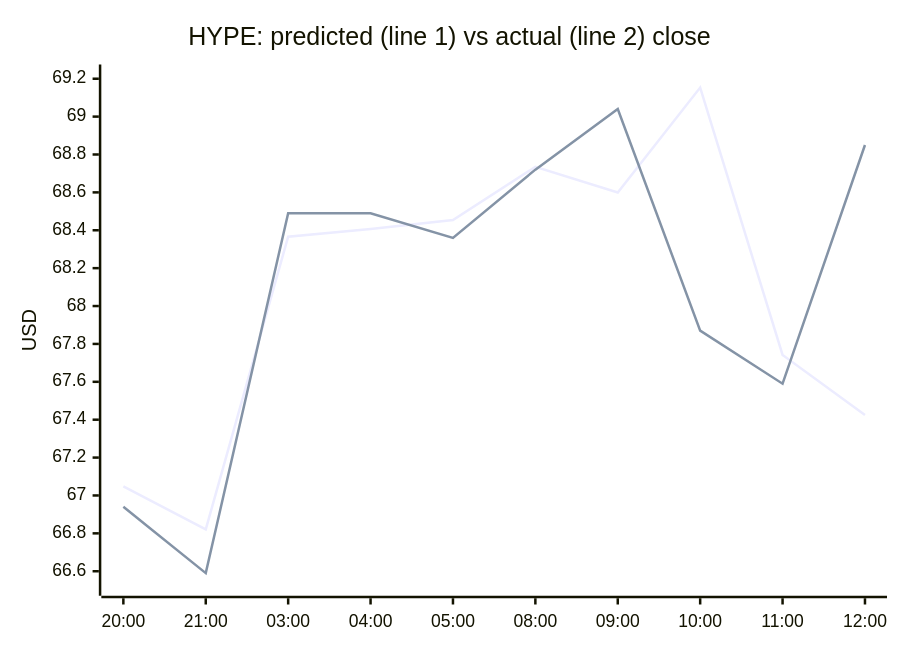
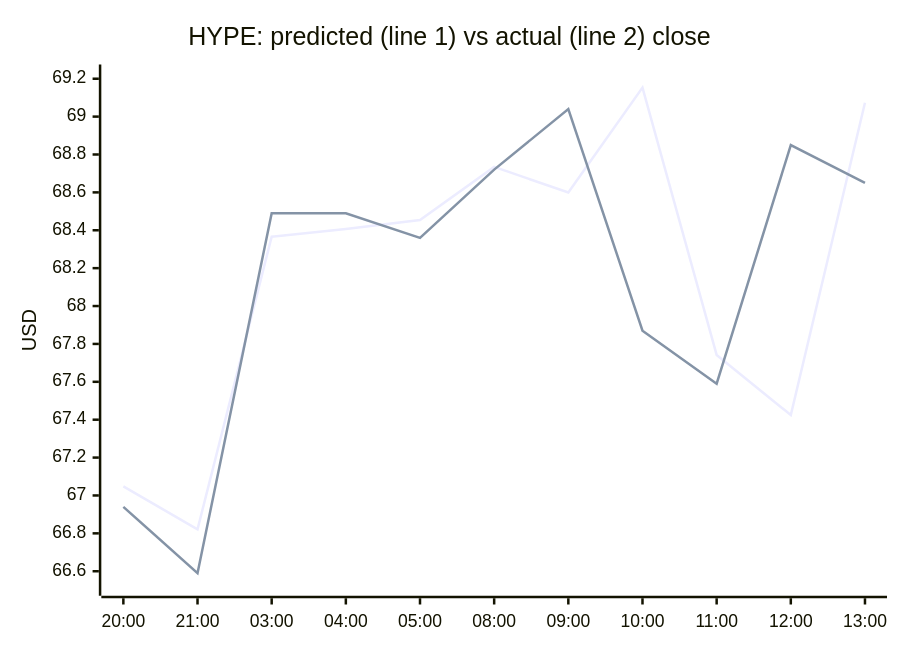
One commit to samuelkreitl-wq/crypto-hourly-forecaster changed the fourth of 4 diagrams in README.md. Above: the diagram before and after it, drawn with Mermaid. The commit also changed other lines of this file and 14 other files, not shown here.

````diff
--- a/README.md
+++ b/README.md
@@ -65,8 +65,8 @@
 ```mermaid
 xychart-beta
     title "HYPE: predicted (line 1) vs actual (line 2) close"
-    x-axis ["20:00", "21:00", "03:00", "04:00", "05:00", "08:00", "09:00", "10:00", "11:00", "12:00"]
+    x-axis ["20:00", "21:00", "03:00", "04:00", "05:00", "08:00", "09:00", "10:00", "11:00", "12:00", "13:00"]
     y-axis "USD" 66.5234 --> 69.2223
-    line [67.0484, 66.8208, 68.3664, 68.4064, 68.4537, 68.7347, 68.5994, 69.1532, 67.7420, 67.4244]
-    line [66.9400, 66.5900, 68.4900, 68.4900, 68.3600, 68.7200, 69.0400, 67.8700, 67.5900, 68.8500]
+    line [67.0484, 66.8208, 68.3664, 68.4064, 68.4537, 68.7347, 68.5994, 69.1532, 67.7420, 67.4244, 69.0731]
+    line [66.9400, 66.5900, 68.4900, 68.4900, 68.3600, 68.7200, 69.0400, 67.8700, 67.5900, 68.8500, 68.6500]
 ```
````
